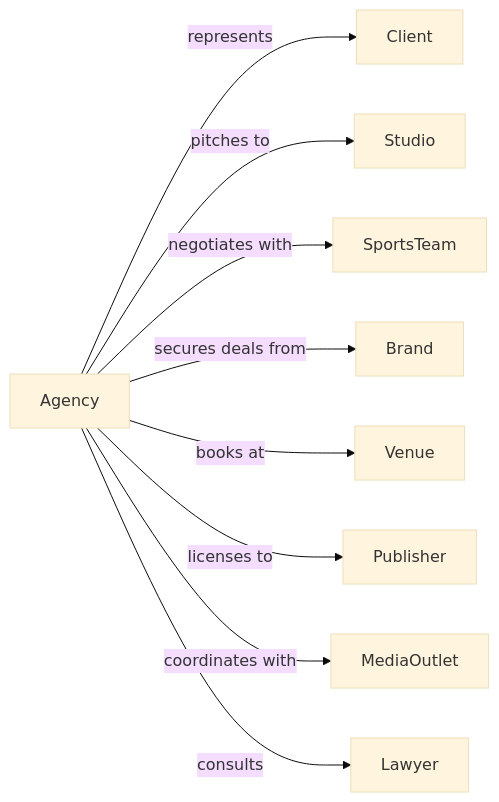
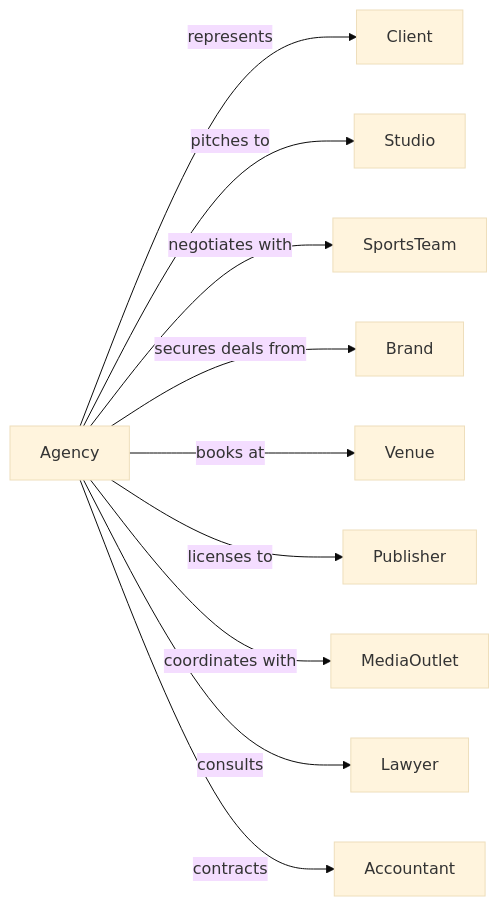
Before and after one commit to dot-org-ai/industries.org.ai: the second of 2 diagrams in Arts/PerformingArtsSpectatorSportsAndRelatedIndustries/AgentsAndManagersForArtistsAthletesEntertainersAndOtherPublicFigures/AgentsAndManagersForArtistsAthletesEntertainersAndOtherPublicFigures.mdx, drawn with Mermaid (base theme). The commit also changed other lines of this file and 588 other files, not shown here.

````diff
--- a/Arts/PerformingArtsSpectatorSportsAndRelatedIndustries/AgentsAndManagersForArtistsAthletesEntertainersAndOtherPublicFigures/AgentsAndManagersForArtistsAthletesEntertainersAndOtherPublicFigures.mdx
+++ b/Arts/PerformingArtsSpectatorSportsAndRelatedIndustries/AgentsAndManagersForArtistsAthletesEntertainersAndOtherPublicFigures/AgentsAndManagersForArtistsAthletesEntertainersAndOtherPublicFigures.mdx
@@ -127,13 +127,14 @@
 ```mermaid
 graph LR
     A[Agency]
 
     A -->|represents| Client
     A -->|pitches to| Studio
     A -->|negotiates with| SportsTeam
     A -->|secures deals from| Brand
     A -->|books at| Venue
     A -->|licenses to| Publisher
     A -->|coordinates with| MediaOutlet
     A -->|consults| Lawyer
+    A -->|contracts| Accountant
 ```
````
